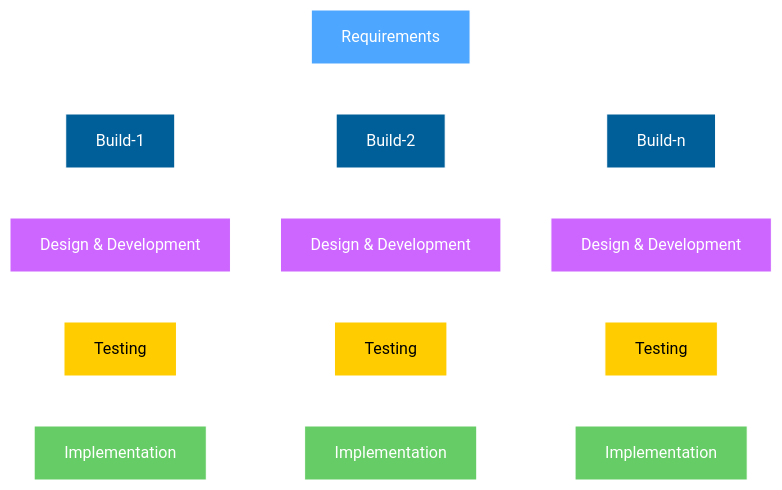
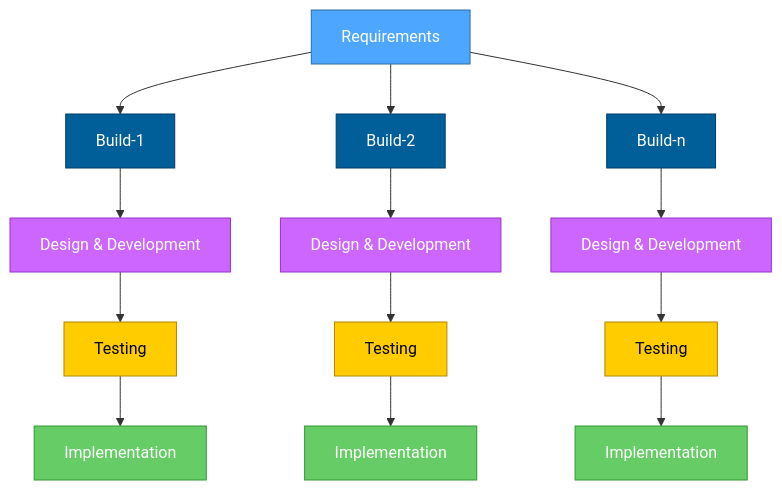
Before and after one commit to electricilies/incremental-model-slide: the diagram in pages/introduction.md, drawn with Mermaid. The commit also changed other lines of this file and 2 other files, not shown here.

Commit message:
fix: update introduction styling and improve color contrast

````diff
--- a/pages/introduction.md
+++ b/pages/introduction.md
@@ -30,35 +30,32 @@
 ```mermaid
 flowchart TB
     A[Requirements] --> B1[Build-1]
     B1 --> C1[Design & Development]
     C1 --> D1[Testing]
     D1 --> E1[Implementation]
 
     A --> B2[Build-2]
     B2 --> C2[Design & Development]
     C2 --> D2[Testing]
     D2 --> E2[Implementation]
 
     A --> B3[Build-n]
     B3 --> C3[Design & Development]
     C3 --> D3[Testing]
     D3 --> E3[Implementation]
 
     %% Styles
-    style A fill:#4da6ff,stroke:#fff,color:#fff
-    style B1 fill:#005f99,stroke:#fff,color:#fff
-    style B2 fill:#005f99,stroke:#fff,color:#fff
-    style B3 fill:#005f99,stroke:#fff,color:#fff
-    style C1 fill:#cc66ff,stroke:#fff,color:#fff
-    style C2 fill:#cc66ff,stroke:#fff,color:#fff
-    style C3 fill:#cc66ff,stroke:#fff,color:#fff
-    style D1 fill:#ffcc00,stroke:#fff,color:#000
-    style D2 fill:#ffcc00,stroke:#fff,color:#000
-    style D3 fill:#ffcc00,stroke:#fff,color:#000
-    style E1 fill:#66cc66,stroke:#fff,color:#fff
-    style E2 fill:#66cc66,stroke:#fff,color:#fff
-    style E3 fill:#66cc66,stroke:#fff,color:#fff
-
-    %% White arrows
-    linkStyle default stroke:#ffffff,stroke-width:2px,color:#ffffff
+    style A fill:#4da6ff,stroke:#2e6da4,color:#fff
+    style B1 fill:#005f99,stroke:#003d66,color:#fff
+    style B2 fill:#005f99,stroke:#003d66,color:#fff
+    style B3 fill:#005f99,stroke:#003d66,color:#fff
+    style C1 fill:#cc66ff,stroke:#9933cc,color:#fff
+    style C2 fill:#cc66ff,stroke:#9933cc,color:#fff
+    style C3 fill:#cc66ff,stroke:#9933cc,color:#fff
+    style D1 fill:#ffcc00,stroke:#b38600,color:#000
+    style D2 fill:#ffcc00,stroke:#b38600,color:#000
+    style D3 fill:#ffcc00,stroke:#b38600,color:#000
+    style E1 fill:#66cc66,stroke:#339933,color:#fff
+    style E2 fill:#66cc66,stroke:#339933,color:#fff
+    style E3 fill:#66cc66,stroke:#339933,color:#fff
 ```
````
